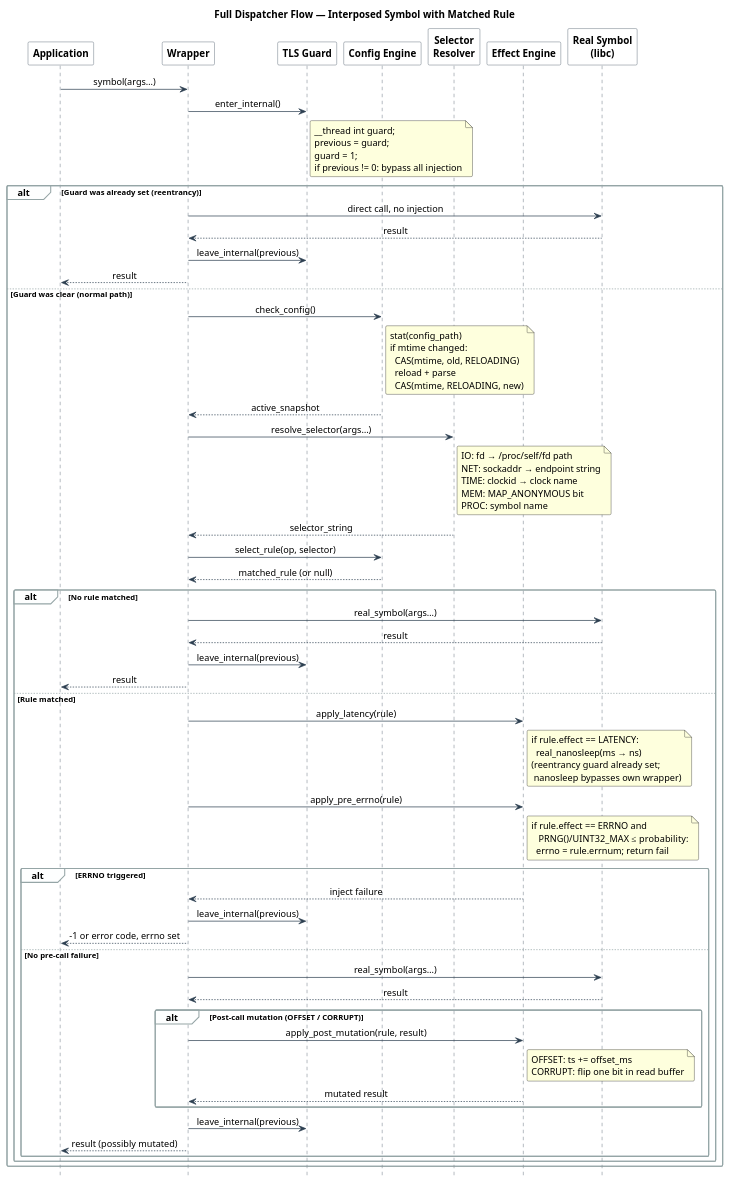
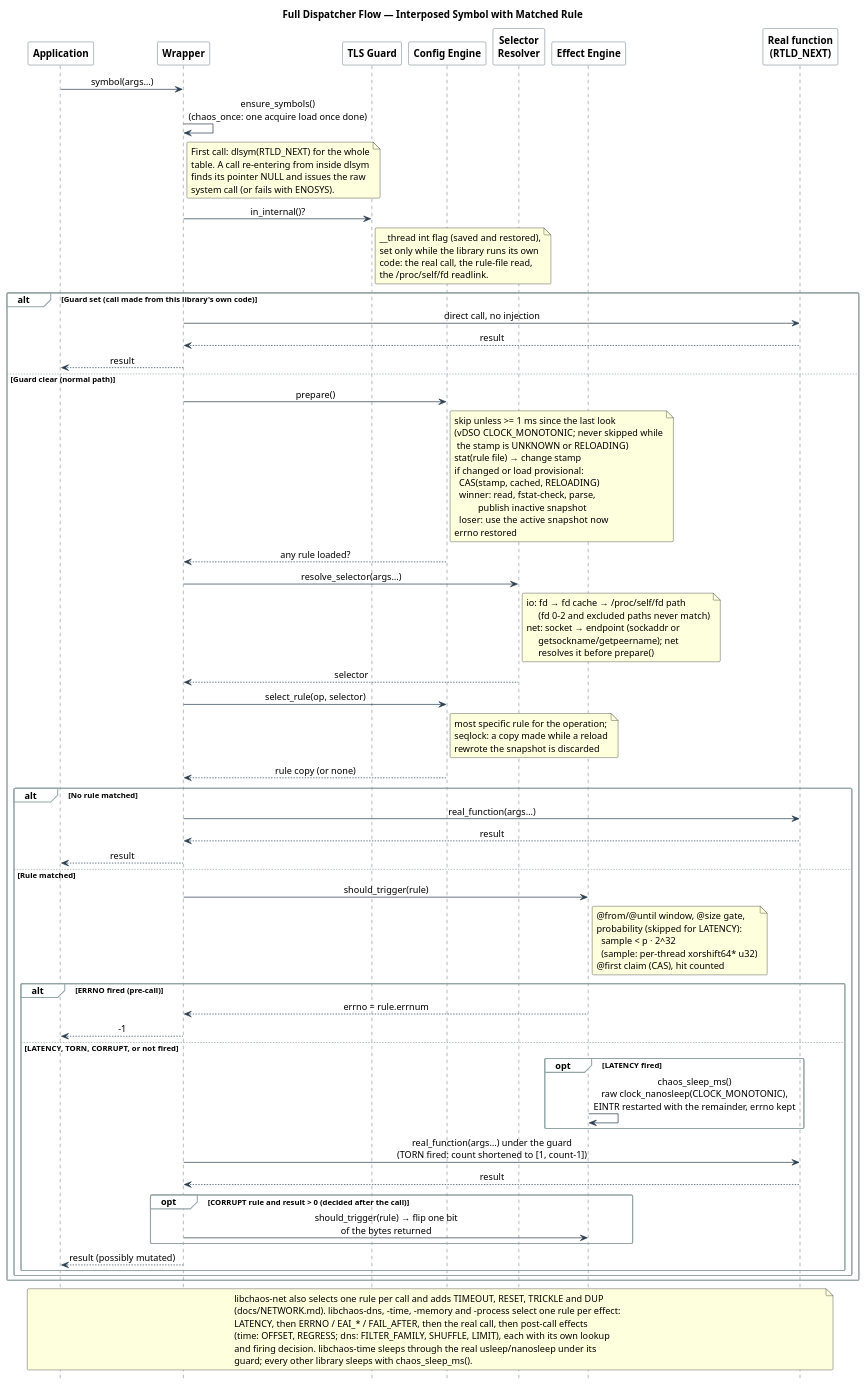
Before and after one commit to macstab/macstab-chaos-testing-libraries: the diagram in docs/diagrams/dispatch.puml, drawn with PlantUML. The commit also changed 14 other files, not shown here.

Commit message:
docs: rewrite architecture, safety, platform and engineering docs; redraw diagrams

```diff
--- a/docs/diagrams/dispatch.puml
+++ b/docs/diagrams/dispatch.puml
@@ -1,123 +1,137 @@
 @startuml dispatch
 '
 ' Engineered by  Christian Schnapka
 '                Embedded Principal+ Engineer
 '                Macstab GmbH · Hamburg, Germany
 '                https://macstab.com
 '
-' Full dispatcher call flow for a matched interposed symbol.
-' Shows TLS guard, config reload, rule evaluation, effect dispatch,
-' real-symbol call, and post-call mutation path.
+' Dispatch of one interposed call with a matching rule, as libchaos-io
+' and libchaos-net do it (one rule per call). Shows the lazy symbol
+' table, the re-entrancy guard, the throttled rule-file check, rule
+' selection, the firing decision, the raw-syscall sleep, the real call
+' and the post-call mutation.
 '
-' Reference: docs/ARCHITECTURE.md, docs/MEMORY.md §14, docs/TIME.md §9
+' Reference: docs/ARCHITECTURE.md "Request flow", docs/DSL.md §8
+'            src/wrappers/chaos_io_rw.c, src/effects/chaos_io_actions.c
 '
 title Full Dispatcher Flow — Interposed Symbol with Matched Rule
 
 skinparam sequenceMessageAlign center
 skinparam shadowing false
 skinparam roundCorner 4
 skinparam sequence {
   ArrowColor                 #2C3E50
   LifeLineBorderColor        #2C3E50
   LifeLineBackgroundColor    #ECF0F1
   ParticipantBorderColor     #2C3E50
   ParticipantBackgroundColor #FFFFFF
   ParticipantFontStyle       bold
   GroupBackgroundColor       #FDFEFE
   GroupBorderColor           #95A5A6
 }
 hide footbox
 
-participant "Application"    as App
-participant "Wrapper"        as Wrap
-participant "TLS Guard"      as Guard
-participant "Config Engine"  as Config
-participant "Selector\nResolver" as Sel
-participant "Effect Engine"  as FX
-participant "Real Symbol\n(libc)"  as Real
+participant "Application"           as App
+participant "Wrapper"               as Wrap
+participant "TLS Guard"             as Guard
+participant "Config Engine"         as Config
+participant "Selector\nResolver"    as Sel
+participant "Effect Engine"         as FX
+participant "Real function\n(RTLD_NEXT)" as Real
 
 App -> Wrap : symbol(args…)
-
-Wrap -> Guard : enter_internal()
+Wrap -> Wrap : ensure_symbols()\n(chaos_once: one acquire load once done)
+note right of Wrap
+  First call: dlsym(RTLD_NEXT) for the whole
+  table. A call re-entering from inside dlsym
+  finds its pointer NULL and issues the raw
+  system call (or fails with ENOSYS).
+end note
+Wrap -> Guard : in_internal()?
 note right of Guard
-  __thread int guard;
-  previous = guard;
-  guard = 1;
-  if previous != 0: bypass all injection
+  __thread int flag (saved and restored),
+  set only while the library runs its own
+  code: the real call, the rule-file read,
+  the /proc/self/fd readlink.
 end note
 
-alt Guard was already set (reentrancy)
+alt Guard set (call made from this library's own code)
   Wrap -> Real : direct call, no injection
   Real --> Wrap : result
-  Wrap -> Guard : leave_internal(previous)
   Wrap --> App : result
-else Guard was clear (normal path)
+else Guard clear (normal path)
 
-  Wrap -> Config : check_config()
+  Wrap -> Config : prepare()
   note right of Config
-    stat(config_path)
-    if mtime changed:
-      CAS(mtime, old, RELOADING)
-      reload + parse
-      CAS(mtime, RELOADING, new)
+    skip unless >= 1 ms since the last look
+    (vDSO CLOCK_MONOTONIC; never skipped while
+     the stamp is UNKNOWN or RELOADING)
+    stat(rule file) → change stamp
+    if changed or load provisional:
+      CAS(stamp, cached, RELOADING)
+      winner: read, fstat-check, parse,
+              publish inactive snapshot
+      loser:  use the active snapshot now
+    errno restored
   end note
-  Config --> Wrap : active_snapshot
+  Config --> Wrap : any rule loaded?
 
   Wrap -> Sel : resolve_selector(args…)
   note right of Sel
-    IO: fd → /proc/self/fd path
-    NET: sockaddr → endpoint string
-    TIME: clockid → clock name
-    MEM: MAP_ANONYMOUS bit
-    PROC: symbol name
+    io:  fd → fd cache → /proc/self/fd path
+         (fd 0-2 and excluded paths never match)
+    net: socket → endpoint (sockaddr or
+         getsockname/getpeername); net
+         resolves it before prepare()
   end note
-  Sel --> Wrap : selector_string
+  Sel --> Wrap : selector
 
   Wrap -> Config : select_rule(op, selector)
-  Config --> Wrap : matched_rule (or null)
+  note right of Config
+    most specific rule for the operation;
+    seqlock: a copy made while a reload
+    rewrote the snapshot is discarded
+  end note
+  Config --> Wrap : rule copy (or none)
 
   alt No rule matched
-    Wrap -> Real : real_symbol(args…)
+    Wrap -> Real : real_function(args…)
     Real --> Wrap : result
-    Wrap -> Guard : leave_internal(previous)
     Wrap --> App : result
   else Rule matched
-    Wrap -> FX : apply_latency(rule)
+    Wrap -> FX : should_trigger(rule)
     note right of FX
-      if rule.effect == LATENCY:
-        real_nanosleep(ms → ns)
-      (reentrancy guard already set;
-       nanosleep bypasses own wrapper)
+      @from/@until window, @size gate,
+      probability (skipped for LATENCY):
+        sample < p · 2^32
+        (sample: per-thread xorshift64* u32)
+      @first claim (CAS), hit counted
     end note
 
-    Wrap -> FX : apply_pre_errno(rule)
-    note right of FX
-      if rule.effect == ERRNO and
-         PRNG()/UINT32_MAX ≤ probability:
-        errno = rule.errnum; return fail
-    end note
-
-    alt ERRNO triggered
-      FX --> Wrap : inject failure
-      Wrap -> Guard : leave_internal(previous)
-      Wrap --> App : -1 or error code, errno set
-    else No pre-call failure
-      Wrap -> Real : real_symbol(args…)
+    alt ERRNO fired (pre-call)
+      FX --> Wrap : errno = rule.errnum
+      Wrap --> App : -1
+    else LATENCY, TORN, CORRUPT, or not fired
+      opt LATENCY fired
+        FX -> FX : chaos_sleep_ms()\nraw clock_nanosleep(CLOCK_MONOTONIC),\nEINTR restarted with the remainder, errno kept
+      end
+      Wrap -> Real : real_function(args…) under the guard\n(TORN fired: count shortened to [1, count-1])
       Real --> Wrap : result
-
-      alt Post-call mutation (OFFSET / CORRUPT)
-        Wrap -> FX : apply_post_mutation(rule, result)
-        note right of FX
-          OFFSET: ts += offset_ms
-          CORRUPT: flip one bit in read buffer
-        end note
-        FX --> Wrap : mutated result
+      opt CORRUPT rule and result > 0 (decided after the call)
+        Wrap -> FX : should_trigger(rule) → flip one bit\nof the bytes returned
       end
-
-      Wrap -> Guard : leave_internal(previous)
       Wrap --> App : result (possibly mutated)
     end
   end
 end
 
+note across
+  libchaos-net also selects one rule per call and adds TIMEOUT, RESET, TRICKLE and DUP
+  (docs/NETWORK.md). libchaos-dns, -time, -memory and -process select one rule per effect:
+  LATENCY, then ERRNO / EAI_* / FAIL_AFTER, then the real call, then post-call effects
+  (time: OFFSET, REGRESS; dns: FILTER_FAMILY, SHUFFLE, LIMIT), each with its own lookup
+  and firing decision. libchaos-time sleeps through the real usleep/nanosleep under its
+  guard; every other library sleeps with chaos_sleep_ms().
+end note
+
 @enduml
```
